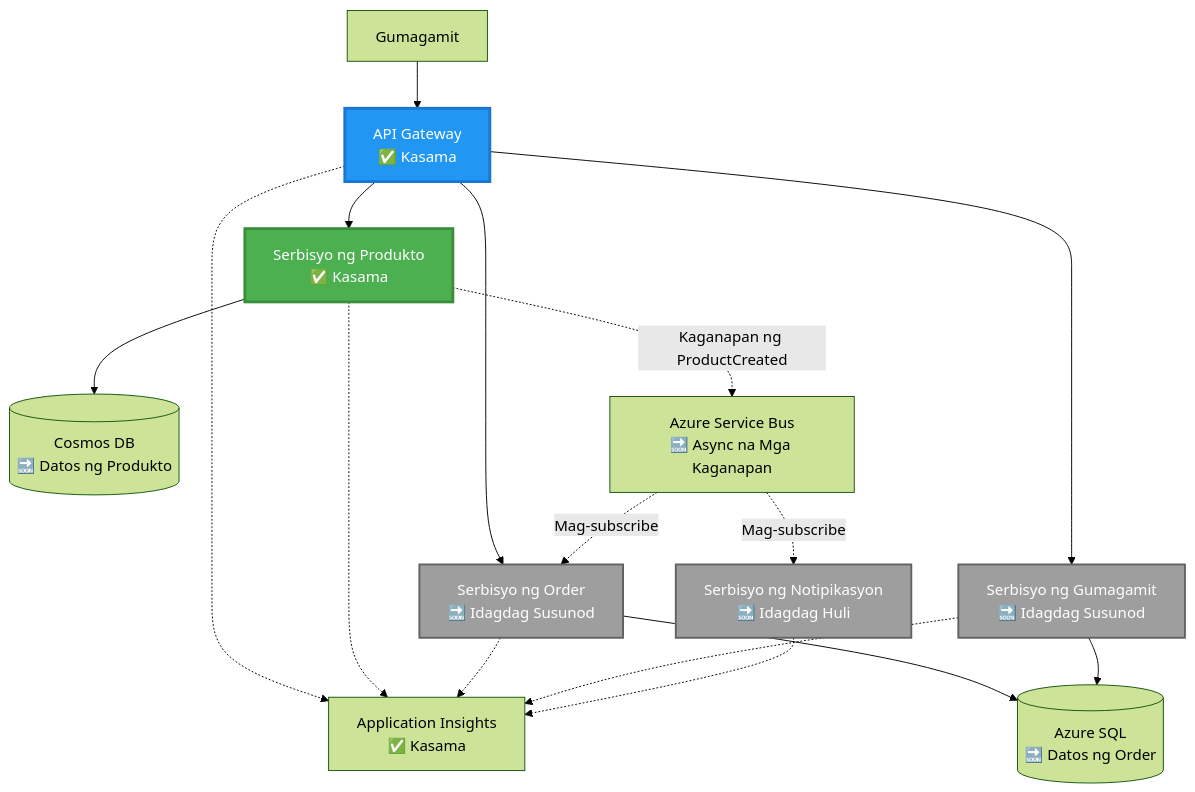
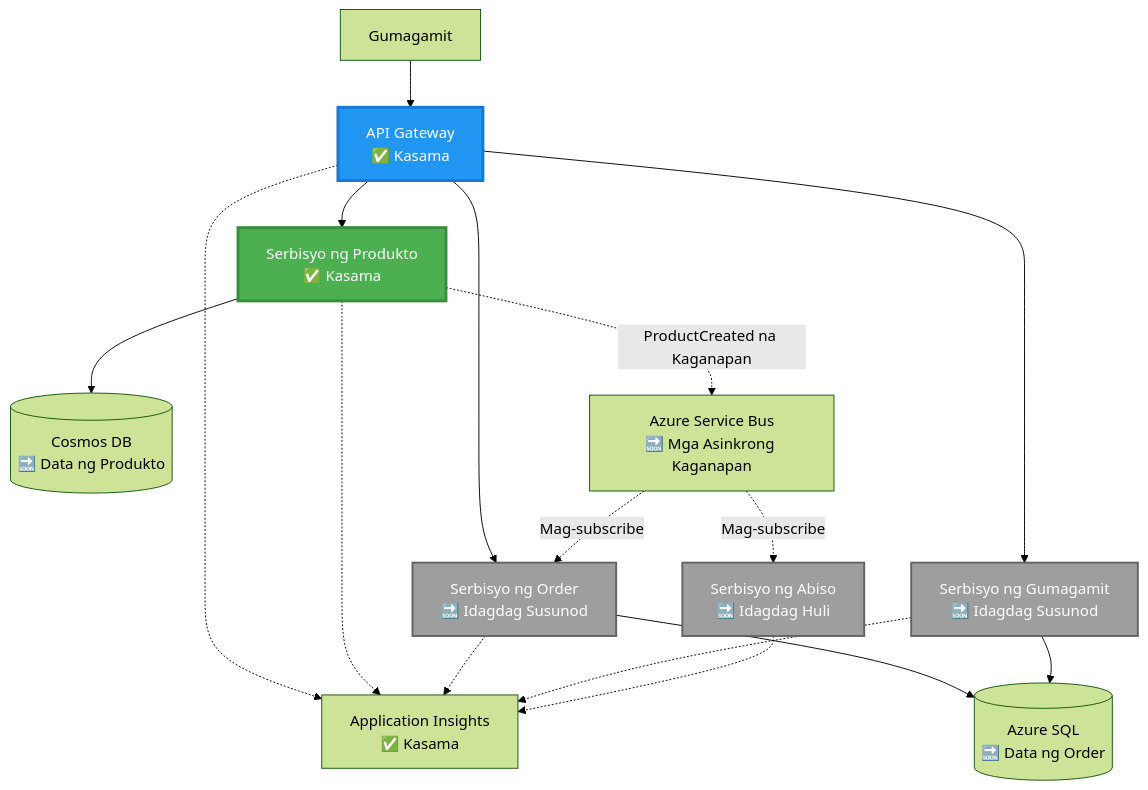
Before and after one commit to microsoft/AZD-for-beginners: the second of 4 diagrams in translations/tl/examples/microservices/README.md, drawn with Mermaid (forest theme). The commit also changed other lines of this file and 242 other files, not shown here.

````diff
--- a/translations/tl/examples/microservices/README.md
+++ b/translations/tl/examples/microservices/README.md
@@ -78,39 +69,39 @@
 ```mermaid
 graph TB
     User[Gumagamit]
     Gateway[API Gateway<br/>✅ Kasama]
     Product[Serbisyo ng Produkto<br/>✅ Kasama]
     Order[Serbisyo ng Order<br/>🔜 Idagdag Susunod]
     UserSvc[Serbisyo ng Gumagamit<br/>🔜 Idagdag Susunod]
-    Notify[Serbisyo ng Notipikasyon<br/>🔜 Idagdag Huli]
+    Notify[Serbisyo ng Abiso<br/>🔜 Idagdag Huli]
     
-    CosmosDB[(Cosmos DB<br/>🔜 Datos ng Produkto)]
-    AzureSQL[(Azure SQL<br/>🔜 Datos ng Order)]
-    ServiceBus[Azure Service Bus<br/>🔜 Async na Mga Kaganapan]
+    CosmosDB[(Cosmos DB<br/>🔜 Data ng Produkto)]
+    AzureSQL[(Azure SQL<br/>🔜 Data ng Order)]
+    ServiceBus[Azure Service Bus<br/>🔜 Mga Asinkrong Kaganapan]
     AppInsights[Application Insights<br/>✅ Kasama]
     
     User --> Gateway
     Gateway --> Product
     Gateway --> Order
     Gateway --> UserSvc
     
     Product --> CosmosDB
     Order --> AzureSQL
     UserSvc --> AzureSQL
     
-    Product -.->|Kaganapan ng ProductCreated| ServiceBus
+    Product -.->|ProductCreated na Kaganapan| ServiceBus
     ServiceBus -.->|Mag-subscribe| Notify
     ServiceBus -.->|Mag-subscribe| Order
     
     Gateway -.-> AppInsights
     Product -.-> AppInsights
     Order -.-> AppInsights
     UserSvc -.-> AppInsights
     Notify -.-> AppInsights
     
     style Product fill:#4CAF50,stroke:#388E3C,stroke-width:3px,color:#fff
     style Gateway fill:#2196F3,stroke:#1976D2,stroke-width:3px,color:#fff
     style Order fill:#9E9E9E,stroke:#616161,stroke-width:2px,color:#fff
     style UserSvc fill:#9E9E9E,stroke:#616161,stroke-width:2px,color:#fff
     style Notify fill:#9E9E9E,stroke:#616161,stroke-width:2px,color:#fff
 ```
````
